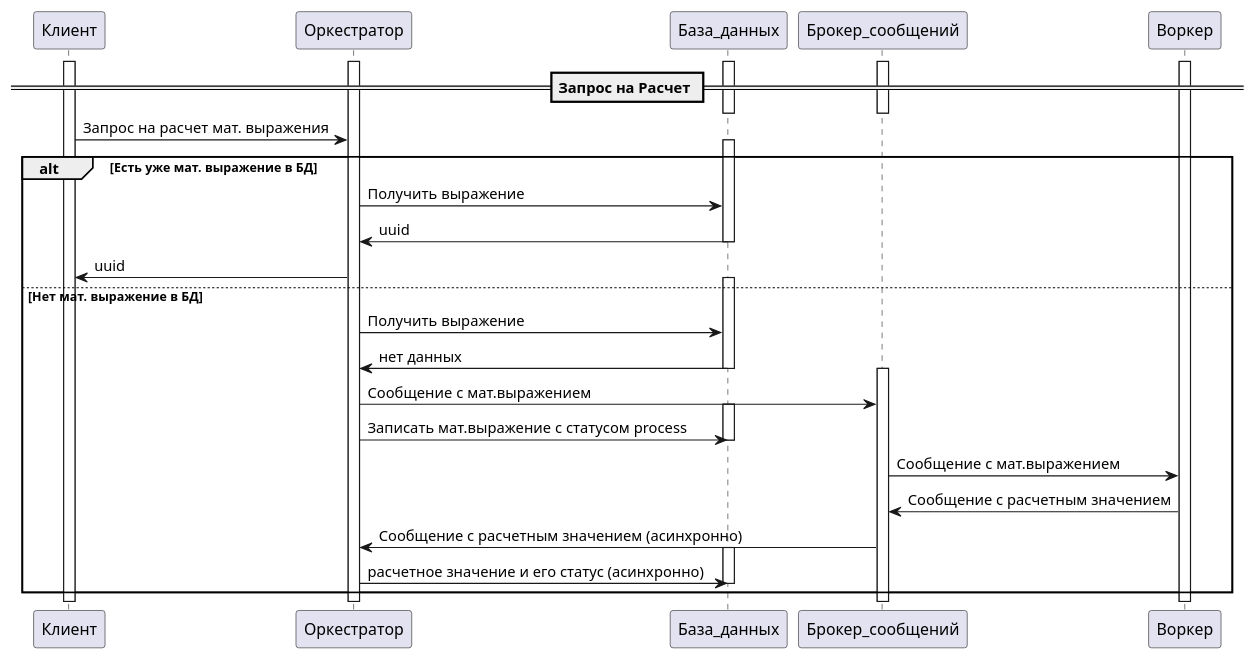
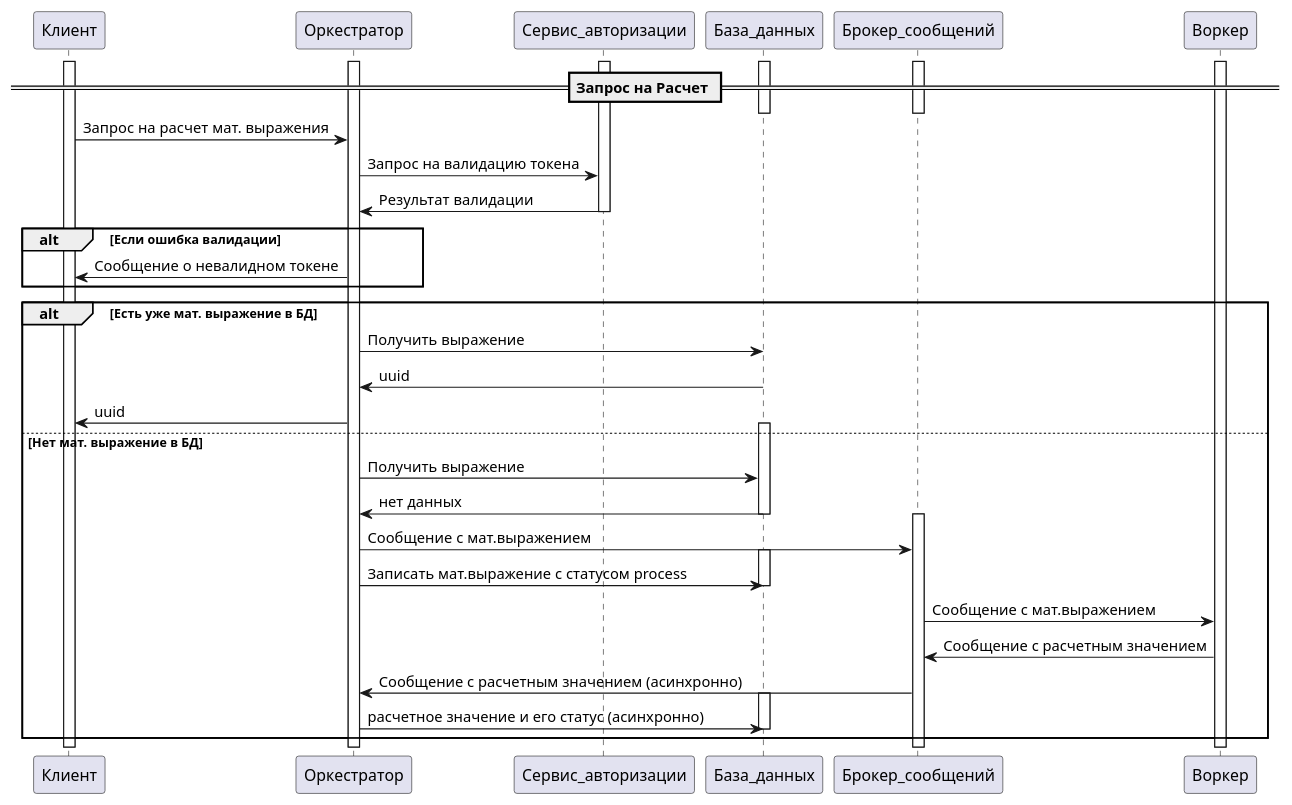
One commit to AlexBlackNn/distributed_calculator changed the diagram in docs/SequenceDiagram_post_expression.puml. Above: the diagram before and after it, drawn with PlantUML. The commit also changed 1 other file, not shown here.

Commit message:
renew diagram

```diff
--- a/docs/SequenceDiagram_post_expression.puml
+++ b/docs/SequenceDiagram_post_expression.puml
@@ -1,40 +1,47 @@
 @startuml
 !pragma layout smetana
 == Запрос на Расчет ==
 activate Клиент
 activate Оркестратор
+activate Сервис_авторизации
 activate База_данных
 activate Брокер_сообщений
 deactivate Брокер_сообщений
 activate Воркер
 deactivate База_данных
 Клиент -> Оркестратор: Запрос на расчет мат. выражения
+Оркестратор -> Сервис_авторизации: Запрос на валидацию токена
+Оркестратор <- Сервис_авторизации: Результат валидации
+deactivate Сервис_авторизации
+alt Если ошибка валидации
+    Оркестратор -> Клиент: Сообщение о невалидном токене
+end
 alt Есть уже мат. выражение в БД
     activate База_данных
     Оркестратор -> База_данных: Получить выражение
     База_данных -> Оркестратор: uuid
     deactivate База_данных
     Оркестратор -> Клиент: uuid
 else Нет мат. выражение в БД
      activate База_данных
      Оркестратор -> База_данных: Получить выражение
      База_данных -> Оркестратор: нет данных
      deactivate База_данных
      activate Брокер_сообщений
      Оркестратор -> Брокер_сообщений: Сообщение с мат.выражением
      activate База_данных
      Оркестратор -> База_данных: Записать мат.выражение с статусом process
      deactivate База_данных
     Брокер_сообщений -> Воркер: Сообщение с мат.выражением
     Воркер -> Брокер_сообщений: Сообщение с расчетным значением
     Брокер_сообщений -> Оркестратор: Сообщение с расчетным значением (асинхронно)
     activate База_данных
     Оркестратор -> База_данных: расчетное значение и его статус (асинхронно)
     deactivate База_данных
 end
 
 
 
 
 
 @enduml
```
